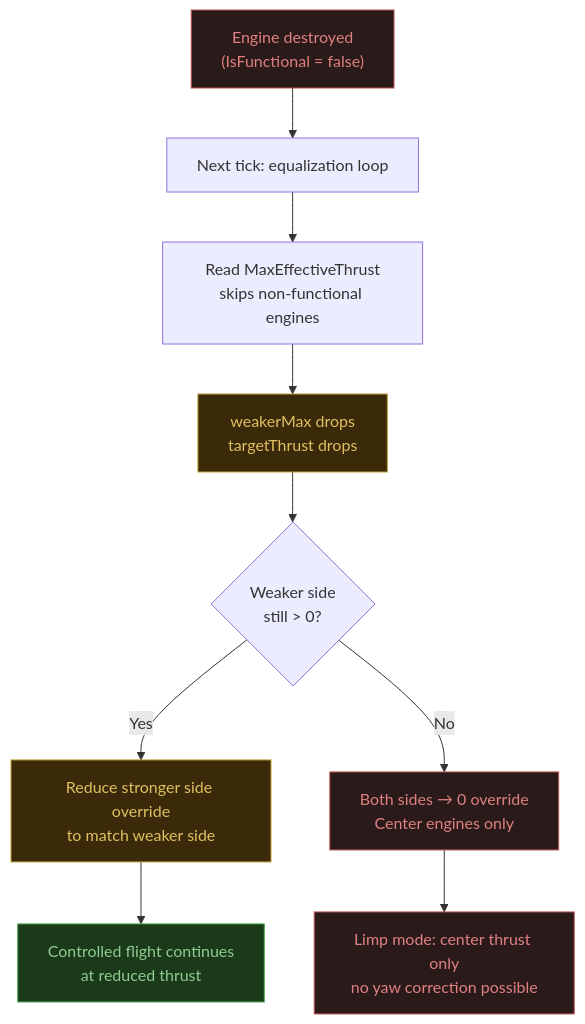
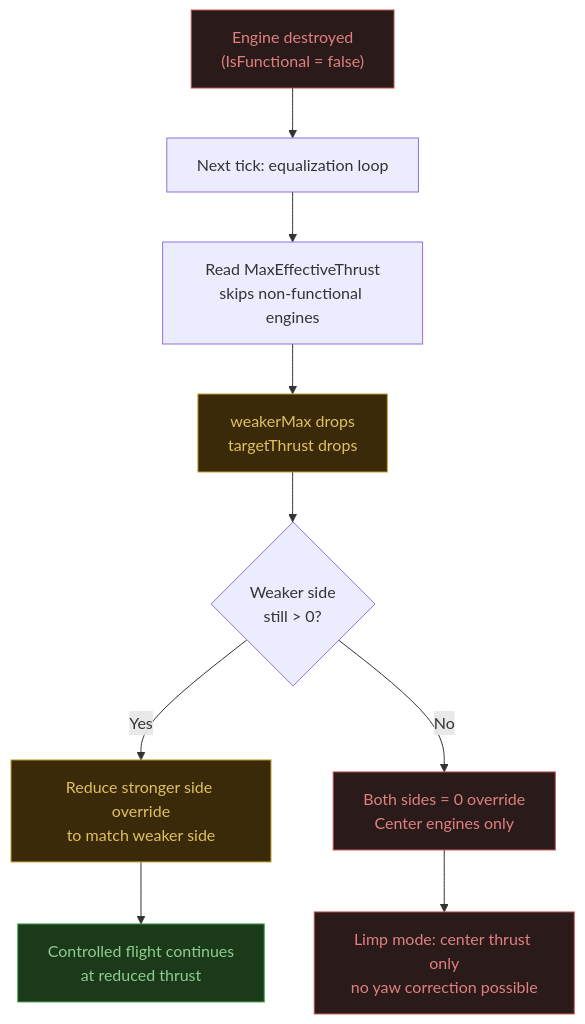
One commit to Terilia/JetOS changed the fifth of 5 diagrams in docs/engine-equalization.md. Above: the diagram before and after it, drawn with Mermaid. The commit also changed other lines of this file and 4 other files, not shown here.

````diff
--- a/docs/engine-equalization.md
+++ b/docs/engine-equalization.md
@@ -222,20 +209,20 @@
 ```mermaid
 flowchart TD
     DMG["Engine destroyed\n(IsFunctional = false)"] --> TICK["Next tick: equalization loop"]
     TICK --> READ["Read MaxEffectiveThrust\nskips non-functional engines"]
     READ --> CALC["weakerMax drops\ntargetThrust drops"]
     CALC --> CHOICE{Weaker side\nstill > 0?}
 
     CHOICE -- Yes --> REDUCE["Reduce stronger side override\nto match weaker side"]
-    CHOICE -- No --> ZERO["Both sides → 0 override\nCenter engines only"]
+    CHOICE -- No --> ZERO["Both sides = 0 override\nCenter engines only"]
 
     REDUCE --> FLY["Controlled flight continues\nat reduced thrust"]
     ZERO --> LIMP["Limp mode: center thrust only\nno yaw correction possible"]
 
     style DMG fill:#2a1a1a,stroke:#c05050,color:#e08080
     style ZERO fill:#2a1a1a,stroke:#c05050,color:#e08080
     style LIMP fill:#2a1a1a,stroke:#c05050,color:#e08080
     style FLY fill:#1a3a1a,stroke:#40a040,color:#90cc90
     style REDUCE fill:#3a2a0a,stroke:#c0a030,color:#e0c060
     style CALC fill:#3a2a0a,stroke:#c0a030,color:#e0c060
 ```
````
